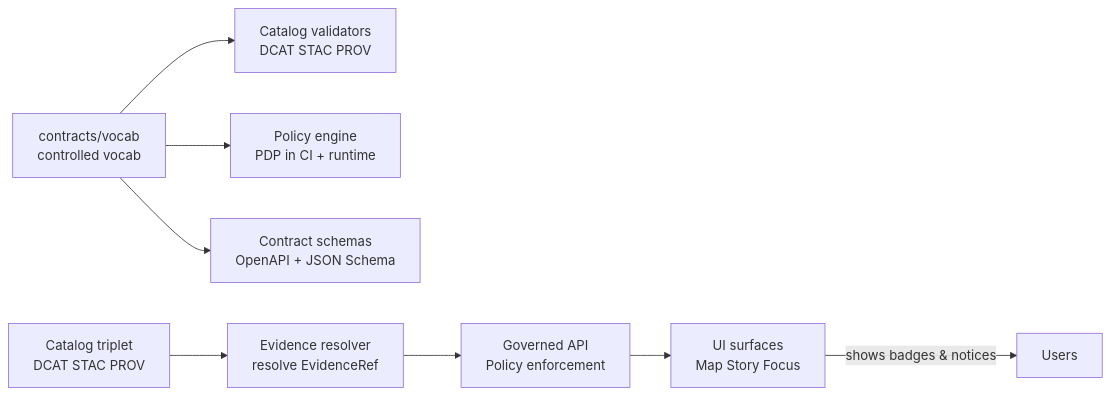
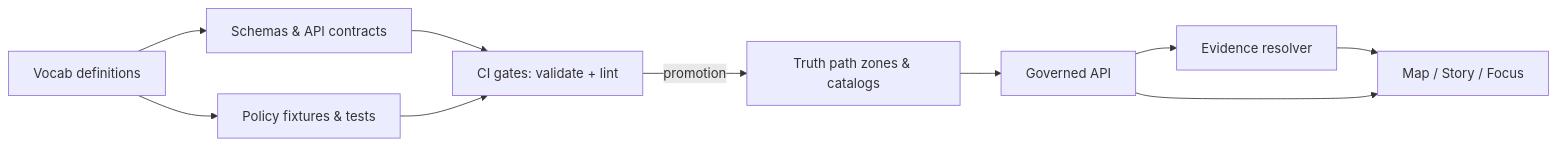
One commit to bartytime4life/Kansas-Frontier-Matrix changed the diagram in contracts/vocab/README.md. Above: the diagram before and after it, drawn with Mermaid. The commit also changed other lines of this file, not shown here.

First line of the commit message:
Revise README for controlled vocabulary contracts

````diff
--- a/contracts/vocab/README.md
+++ b/contracts/vocab/README.md
@@ -52,10 +79,15 @@
 ```mermaid
 flowchart LR
-  vocab[contracts/vocab\ncontrolled vocab] --> validators[Catalog validators\nDCAT STAC PROV]
-  vocab --> policy[Policy engine\nPDP in CI + runtime]
-  vocab --> schemas[Contract schemas\nOpenAPI + JSON Schema]
-  triplet[Catalog triplet\nDCAT STAC PROV] --> resolver[Evidence resolver\nresolve EvidenceRef]
-  resolver --> api[Governed API\nPolicy enforcement]
-  api --> ui[UI surfaces\nMap Story Focus]
-  ui -->|shows badges & notices| users[Users]
+  V[Vocab definitions] --> S[Schemas & API contracts]
+  V --> PF[Policy fixtures & tests]
+
+  S --> CI[CI gates: validate + lint]
+  PF --> CI
+
+  CI -->|promotion| Z[Truth path zones & catalogs]
+  Z --> API[Governed API]
+  API --> ER[Evidence resolver]
+  ER --> UI[Map / Story / Focus]
+
+  API --> UI
 ```
````
